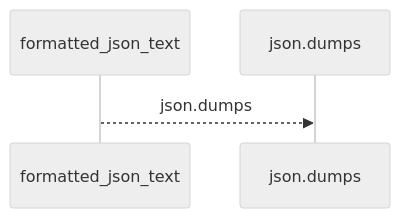
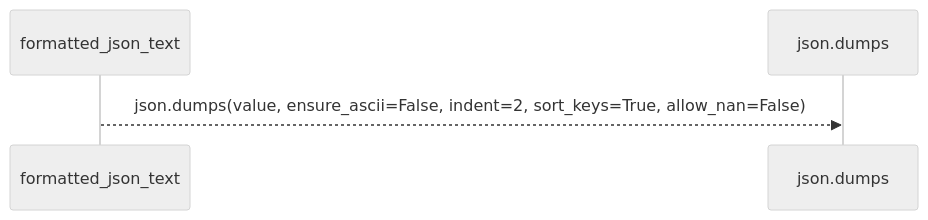
One commit to Denissvgn/python-wiki-llm changed the first of 2 diagrams in docs/llm_wiki/flows/api-formatted_json_text.md. Above: the diagram before and after it, drawn with Mermaid (neutral theme). The commit also changed other lines of this file and 1410 other files, not shown here.

````diff
--- a/docs/llm_wiki/flows/api-formatted_json_text.md
+++ b/docs/llm_wiki/flows/api-formatted_json_text.md
@@ -10,6 +12,6 @@
 ```mermaid
 sequenceDiagram
     participant p0 as formatted_json_text
     participant p1 as json.dumps
-    p0-->>p1: json.dumps
+    p0-->>p1: json.dumps(value, ensure_ascii=False, indent=2, sort_keys=True, allow_nan=False)
 ```
````
